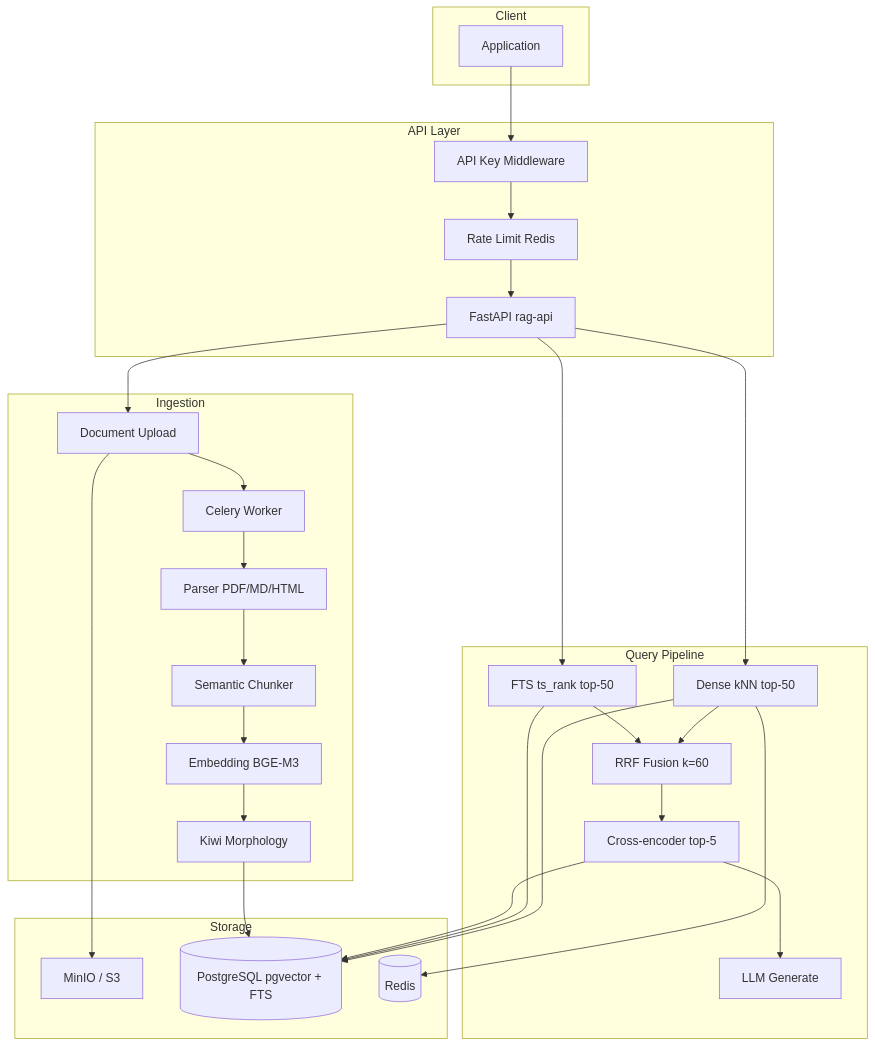
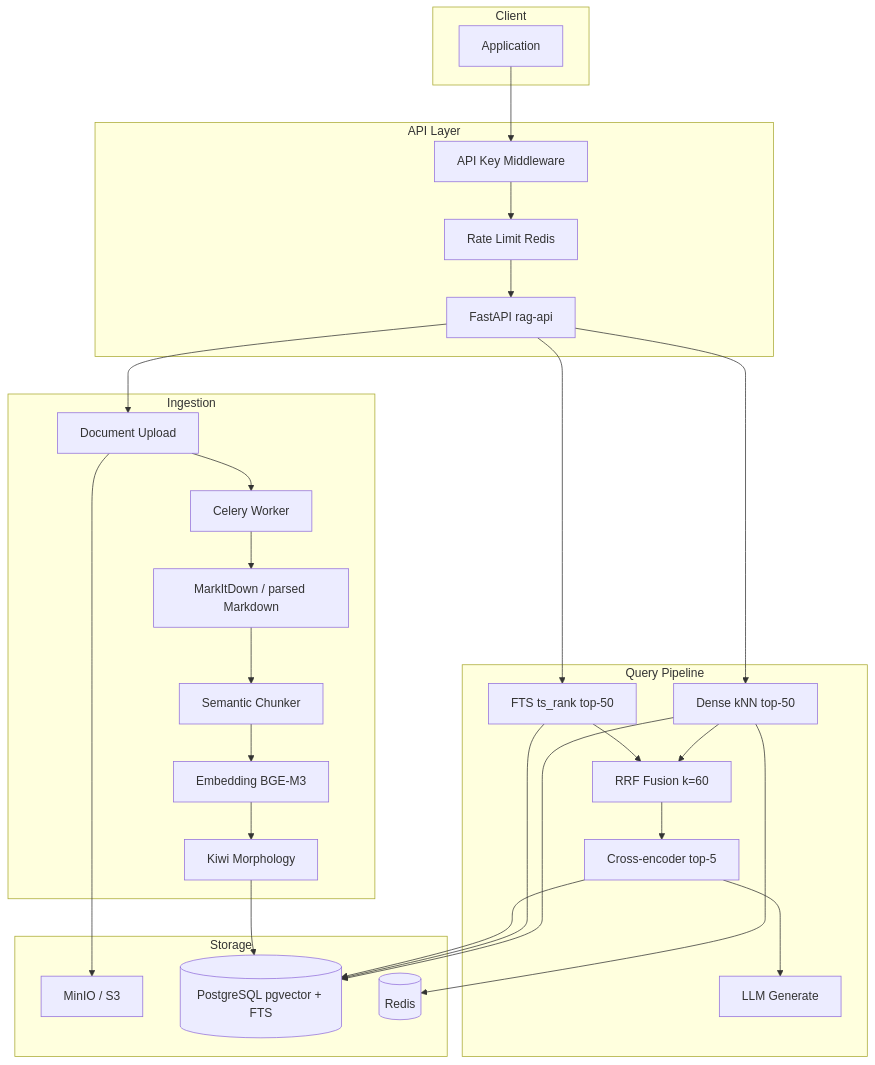
One commit to santarosalia/rag changed the first of 2 diagrams in doc/ARCHITECTURE.md. Above: the diagram before and after it, drawn with Mermaid. The commit also changed other lines of this file and 18 other files, not shown here.

````diff
--- a/doc/ARCHITECTURE.md
+++ b/doc/ARCHITECTURE.md
@@ -7,52 +7,52 @@
 ```mermaid
 flowchart TB
   subgraph client [Client]
     App[Application]
   end
 
   subgraph api_layer [API Layer]
     FastAPI[FastAPI rag-api]
     Auth[API Key Middleware]
     RateLimit[Rate Limit Redis]
   end
 
   subgraph ingest [Ingestion]
     Upload[Document Upload]
-    Parser[Parser PDF/MD/HTML]
+    MD[MarkItDown / parsed Markdown]
     Chunker[Semantic Chunker]
     EmbedWorker[Embedding BGE-M3]
     MorphWorker[Kiwi Morphology]
     CeleryWorker[Celery Worker]
   end
 
   subgraph storage [Storage]
     S3[MinIO / S3]
     PG[(PostgreSQL pgvector + FTS)]
     Redis[(Redis)]
   end
 
   subgraph query [Query Pipeline]
     Dense[Dense kNN top-50]
     Sparse[FTS ts_rank top-50]
     RRF[RRF Fusion k=60]
     Rerank[Cross-encoder top-5]
     LLM[LLM Generate]
   end
 
   App --> Auth --> RateLimit --> FastAPI
   FastAPI --> Upload
   Upload --> S3
   Upload --> CeleryWorker
-  CeleryWorker --> Parser --> Chunker --> EmbedWorker
+  CeleryWorker --> MD --> Chunker --> EmbedWorker
   EmbedWorker --> MorphWorker --> PG
 
   FastAPI --> Dense
   FastAPI --> Sparse
   Dense --> PG
   Sparse --> PG
   Dense --> RRF
   Sparse --> RRF
   RRF --> Rerank --> LLM
   Rerank --> PG
   Dense --> Redis
 ```
````
